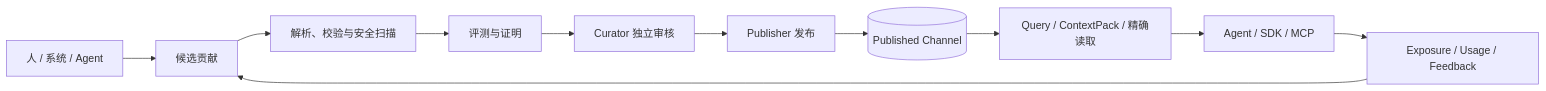
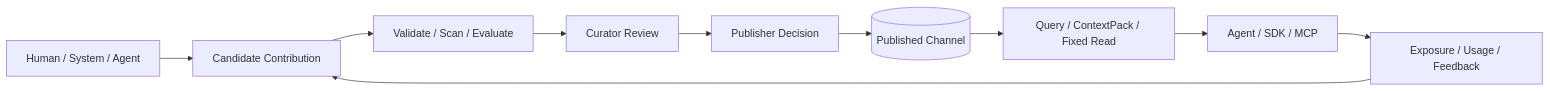
One commit to tiammomo/agent-knowledge-platform changed the diagram in README.md. Above: the diagram before and after it, drawn with Mermaid. The commit also changed other lines of this file and 15 other files, not shown here.

````diff
--- a/README.md
+++ b/README.md
@@ -47,13 +29,12 @@
 ```mermaid
 flowchart LR
-    S[人 / 系统 / Agent] --> C[候选贡献]
-    C --> W[解析、校验与安全扫描]
-    W --> E[评测与证明]
-    E --> R[Curator 独立审核]
-    R --> P[Publisher 发布]
+    S[Human / System / Agent] --> C[Candidate Contribution]
+    C --> V[Validate / Scan / Evaluate]
+    V --> R[Curator Review]
+    R --> P[Publisher Decision]
     P --> K[(Published Channel)]
-    K --> Q[Query / ContextPack / 精确读取]
+    K --> Q[Query / ContextPack / Fixed Read]
     Q --> A[Agent / SDK / MCP]
     A --> U[Exposure / Usage / Feedback]
     U --> C
 ```
````
